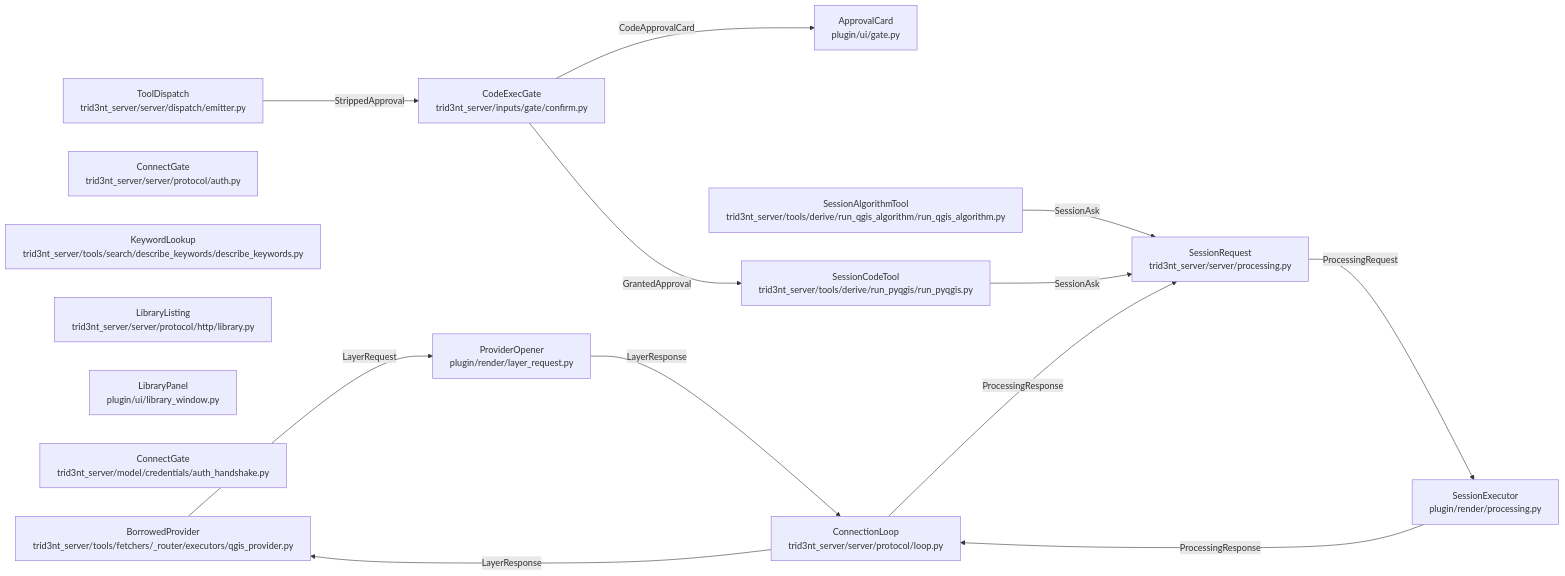
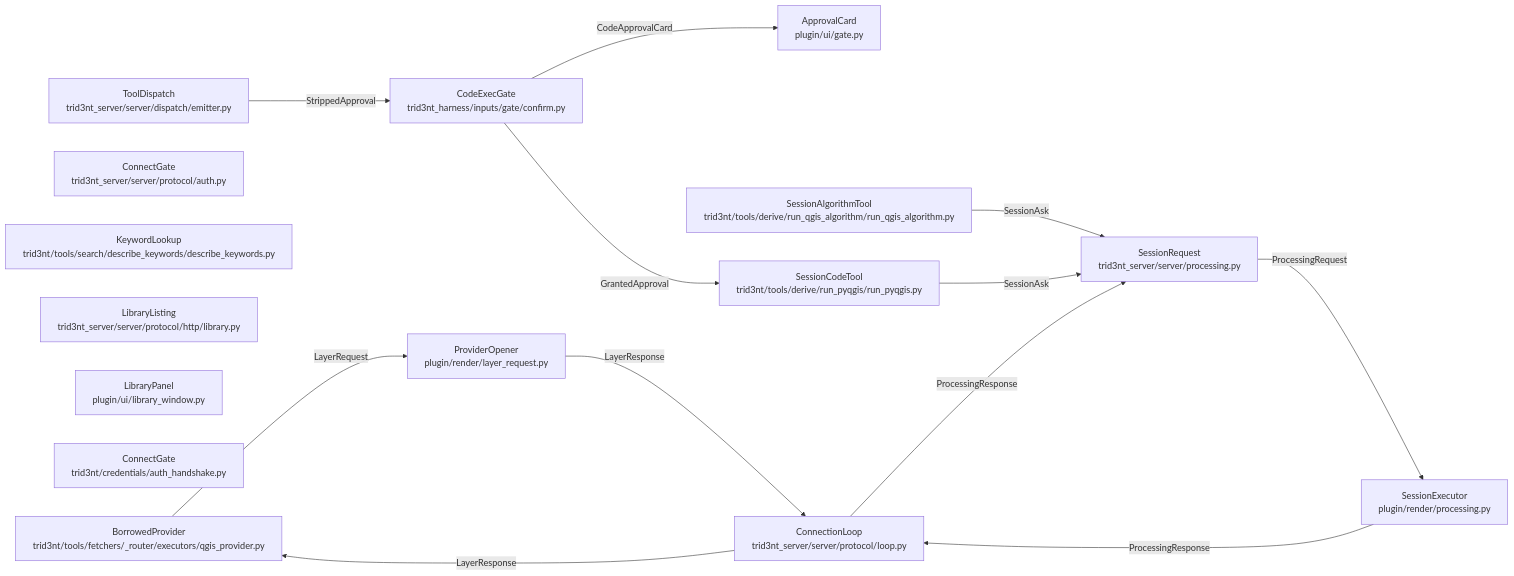
One commit to double-r-squared/trid3nt-qgis-plugin changed the diagram in docs/model/tool-plane-view.md. Above: the diagram before and after it, drawn with Mermaid. The commit also changed 1662 other files, not shown here.

````diff
--- a/docs/model/tool-plane-view.md
+++ b/docs/model/tool-plane-view.md
@@ -9,29 +9,29 @@
 ```mermaid
 flowchart LR
     approvalCard["ApprovalCard<br/>plugin/ui/gate.py"]
-    borrowedProvider["BorrowedProvider<br/>trid3nt_server/tools/fetchers/_router/executors/qgis_provider.py"]
-    codeExecGate["CodeExecGate<br/>trid3nt_server/inputs/gate/confirm.py"]
+    borrowedProvider["BorrowedProvider<br/>trid3nt/tools/fetchers/_router/executors/qgis_provider.py"]
+    codeExecGate["CodeExecGate<br/>trid3nt_harness/inputs/gate/confirm.py"]
     connectGate["ConnectGate<br/>trid3nt_server/server/protocol/auth.py"]
     connectionLoop["ConnectionLoop<br/>trid3nt_server/server/protocol/loop.py"]
-    keywordLookup["KeywordLookup<br/>trid3nt_server/tools/search/describe_keywords/describe_keywords.py"]
+    keywordLookup["KeywordLookup<br/>trid3nt/tools/search/describe_keywords/describe_keywords.py"]
     libraryListing["LibraryListing<br/>trid3nt_server/server/protocol/http/library.py"]
     libraryPanel["LibraryPanel<br/>plugin/ui/library_window.py"]
-    mintedToken["ConnectGate<br/>trid3nt_server/model/credentials/auth_handshake.py"]
+    mintedToken["ConnectGate<br/>trid3nt/credentials/auth_handshake.py"]
     providerOpener["ProviderOpener<br/>plugin/render/layer_request.py"]
-    runPyqgis["SessionCodeTool<br/>trid3nt_server/tools/derive/run_pyqgis/run_pyqgis.py"]
-    runQgisAlgorithm["SessionAlgorithmTool<br/>trid3nt_server/tools/derive/run_qgis_algorithm/run_qgis_algorithm.py"]
+    runPyqgis["SessionCodeTool<br/>trid3nt/tools/derive/run_pyqgis/run_pyqgis.py"]
+    runQgisAlgorithm["SessionAlgorithmTool<br/>trid3nt/tools/derive/run_qgis_algorithm/run_qgis_algorithm.py"]
     sessionExecutor["SessionExecutor<br/>plugin/render/processing.py"]
     sessionRequest["SessionRequest<br/>trid3nt_server/server/processing.py"]
     toolDispatch["ToolDispatch<br/>trid3nt_server/server/dispatch/emitter.py"]
     runQgisAlgorithm -- "SessionAsk" --> sessionRequest
     codeExecGate -- "GrantedApproval" --> runPyqgis
     toolDispatch -- "StrippedApproval" --> codeExecGate
     codeExecGate -- "CodeApprovalCard" --> approvalCard
     runPyqgis -- "SessionAsk" --> sessionRequest
     providerOpener -- "LayerResponse" --> connectionLoop
     borrowedProvider -- "LayerRequest" --> providerOpener
     connectionLoop -- "LayerResponse" --> borrowedProvider
     sessionRequest -- "ProcessingRequest" --> sessionExecutor
     sessionExecutor -- "ProcessingResponse" --> connectionLoop
     connectionLoop -- "ProcessingResponse" --> sessionRequest
 ```
````
